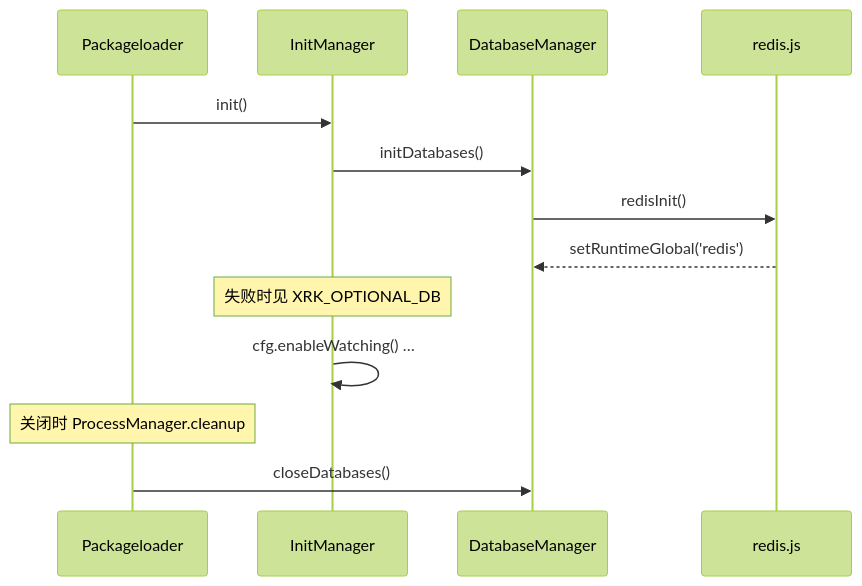
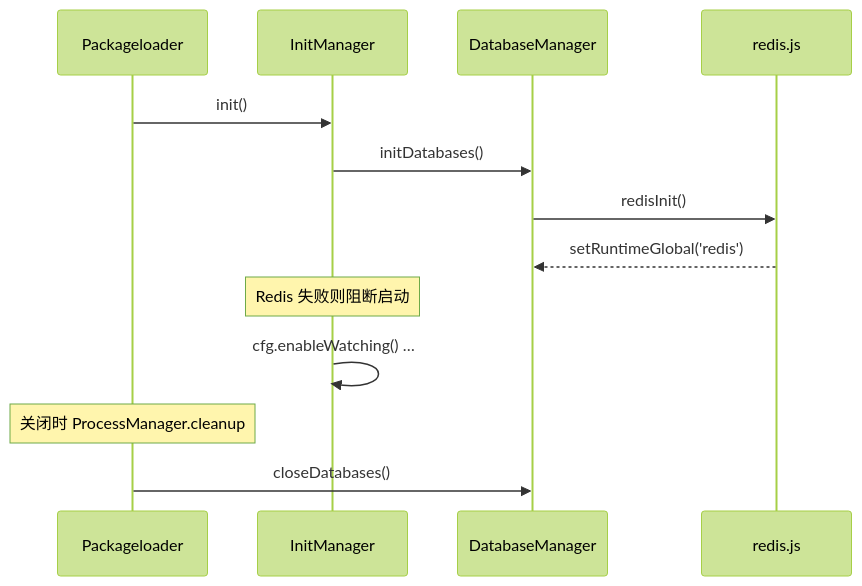
One commit to sunflowermm/XRK-AGT changed the diagram in docs/database.md. Above: the diagram before and after it, drawn with Mermaid (forest theme). The commit also changed other lines of this file and 14 other files, not shown here.

````diff
--- a/docs/database.md
+++ b/docs/database.md
@@ -33,16 +33,16 @@
 ```mermaid
 sequenceDiagram
     participant PL as Packageloader
     participant IM as InitManager
     participant DM as DatabaseManager
     participant R as redis.js
 
     PL->>IM: init()
     IM->>DM: initDatabases()
     DM->>R: redisInit()
     R-->>DM: setRuntimeGlobal('redis')
-    Note over IM: 失败时见 XRK_OPTIONAL_DB
+    Note over IM: Redis 失败则阻断启动
     IM->>IM: cfg.enableWatching() …
     Note over PL: 关闭时 ProcessManager.cleanup
     PL->>DM: closeDatabases()
 ```
````
